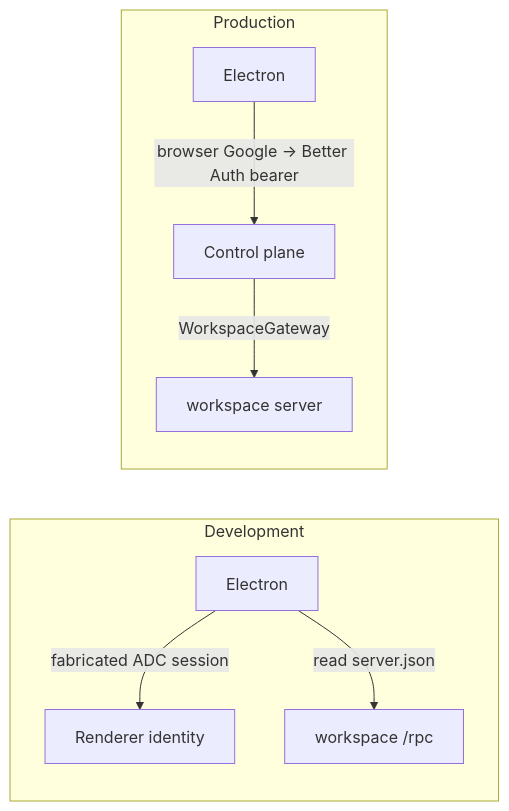
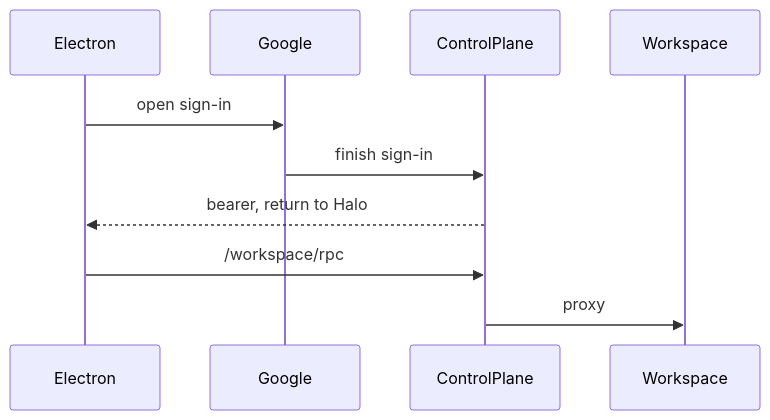
The third of 9 diagrams in specs/dev-electron-control-plane.md (cashew-labs/halo), drawn with Mermaid before and after one commit. The commit also changed other lines of this file, not shown here.

First line of the commit message:
Show the sign-in and proxy paths as diagrams and call stacks.

````diff
--- a/specs/dev-electron-control-plane.md
+++ b/specs/dev-electron-control-plane.md
@@ -7,17 +66,18 @@
 ```mermaid
-flowchart LR
-  subgraph dev [Development]
-    E1[Electron]
-    E1 -->|"fabricated ADC session"| UI1[Renderer identity]
-    E1 -->|"read server.json"| W1["workspace /rpc"]
-  end
-  subgraph prod [Production]
-    E2[Electron]
-    E2 -->|"browser Google → Better Auth bearer"| CP2[Control plane]
-    CP2 -->|"WorkspaceGateway"| W2[workspace server]
-  end
-  %% ref node:E1 [[apps/electron/src/main/main.ts#createDesktopAuthentication]]
-  %% ref node:W1 [[apps/electron/src/main/DesktopAuthentication.ts#createLocalDesktopAuthentication]]
-  %% ref node:E2 [[apps/electron/src/main/auth/ControlPlaneAuth.ts#ControlPlaneAuth.getWorkspaceConnection]]
-  %% ref node:CP2 [[apps/control-plane/src/workspace/proxy.ts#WorkspaceGateway.serve]]
+sequenceDiagram
+  participant Electron
+  participant Google
+  participant ControlPlane
+  participant Workspace
+  Electron->>Google: open sign-in
+  Google->>ControlPlane: finish sign-in
+  ControlPlane-->>Electron: bearer, return to Halo
+  Electron->>ControlPlane: /workspace/rpc
+  ControlPlane->>Workspace: proxy
+  %% ref node:Electron [[apps/electron/src/main/auth/ControlPlaneAuth.ts#ControlPlaneAuth.signIn]]
+  %% ref node:ControlPlane [[apps/control-plane/src/auth/AuthService.ts#AuthService.startDesktopSignIn]]
+  %% ref node:Workspace [[apps/control-plane/src/workspace/WorkspaceService.ts#WorkspaceService.getConnection]]
+  %% ref edge:2 [[apps/control-plane/src/auth/AuthService.ts#AuthService.exchangeDesktopAuthCode]]
+  %% ref edge:3 [[apps/electron/src/main/auth/ControlPlaneAuth.ts#ControlPlaneAuth.getWorkspaceConnection]]
+  %% ref edge:4 [[apps/control-plane/src/workspace/proxy.ts#WorkspaceGateway.serve]]
 ```
````
